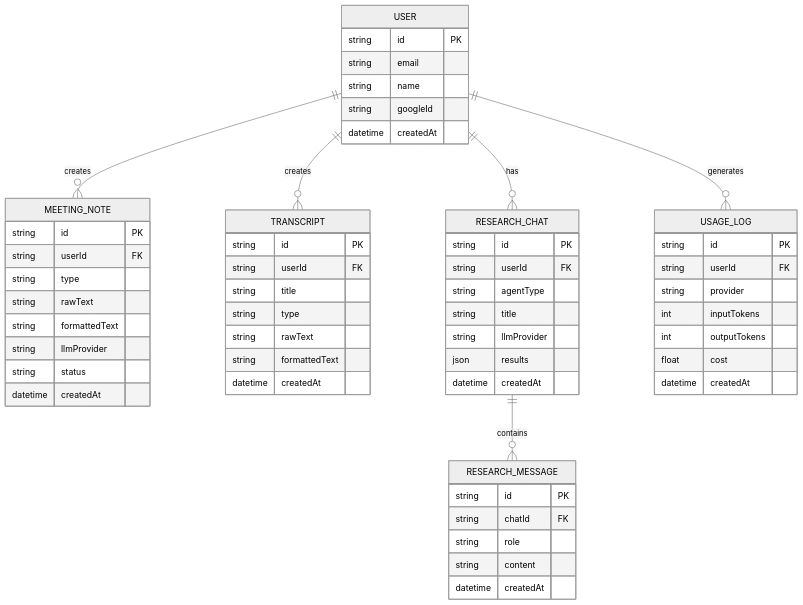
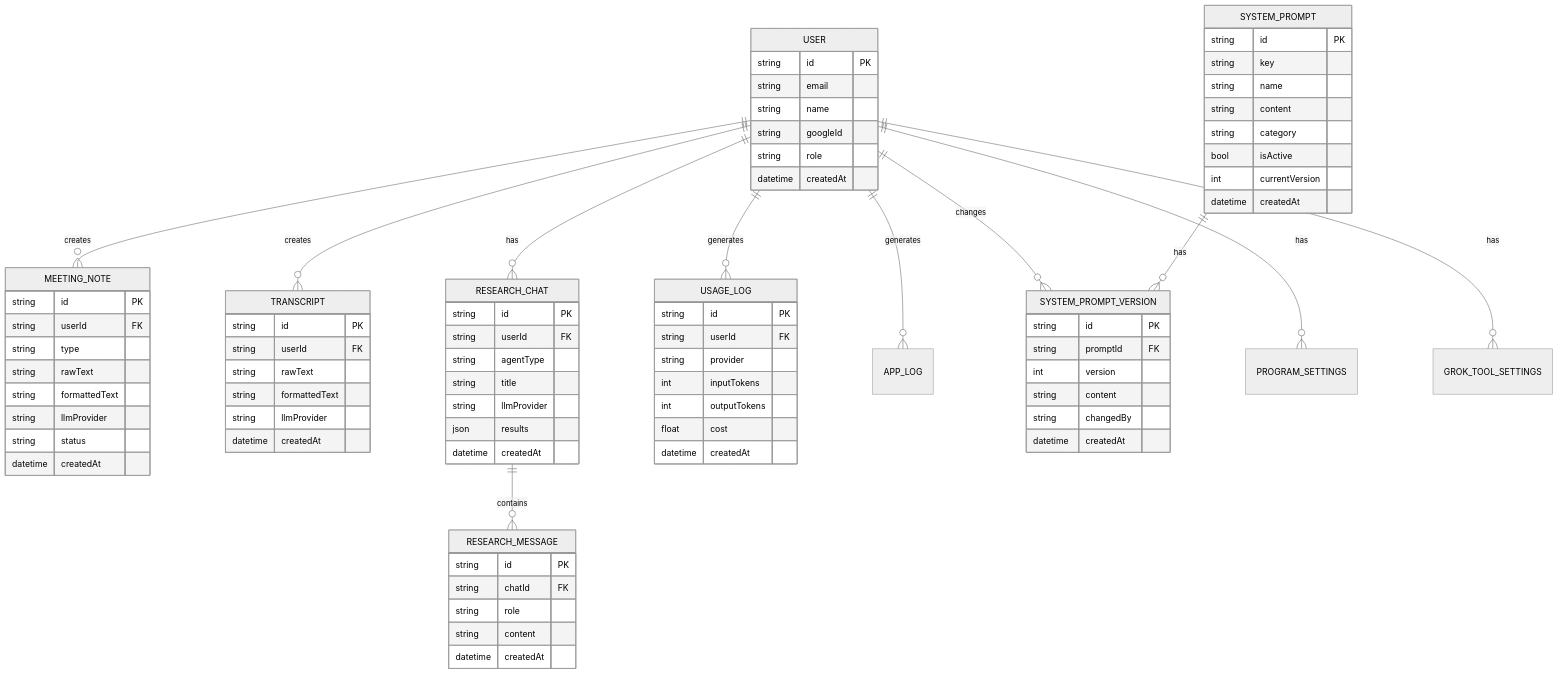
One commit to langcore-org/united-productions-web changed the diagram in docs/specs/api-integration/database-schema.md. Above: the diagram before and after it, drawn with Mermaid (neutral theme). The commit also changed other lines of this file and 11 other files, not shown here.

First line of the commit message:
docs: specs/architecture と specs/api-integration のドキュメントを最新化

````diff
--- a/docs/specs/api-integration/database-schema.md
+++ b/docs/specs/api-integration/database-schema.md
@@ -19,13 +25,19 @@
     USER ||--o{ TRANSCRIPT : creates
     USER ||--o{ RESEARCH_CHAT : has
     USER ||--o{ USAGE_LOG : generates
+    USER ||--o{ APP_LOG : generates
+    USER ||--o{ SYSTEM_PROMPT_VERSION : changes
     RESEARCH_CHAT ||--o{ RESEARCH_MESSAGE : contains
+    USER ||--o{ PROGRAM_SETTINGS : has
+    USER ||--o{ GROK_TOOL_SETTINGS : has
+    SYSTEM_PROMPT ||--o{ SYSTEM_PROMPT_VERSION : has
     
     USER {
         string id PK
         string email
         string name
         string googleId
+        string role
         datetime createdAt
     }
     
@@ -43,10 +55,9 @@
     TRANSCRIPT {
         string id PK
         string userId FK
-        string title
-        string type
         string rawText
         string formattedText
+        string llmProvider
         datetime createdAt
     }
     
@@ -77,4 +88,24 @@
         float cost
         datetime createdAt
     }
+    
+    SYSTEM_PROMPT {
+        string id PK
+        string key
+        string name
+        string content
+        string category
+        bool isActive
+        int currentVersion
+        datetime createdAt
+    }
+    
+    SYSTEM_PROMPT_VERSION {
+        string id PK
+        string promptId FK
+        int version
+        string content
+        string changedBy
+        datetime createdAt
+    }
 ```
````
